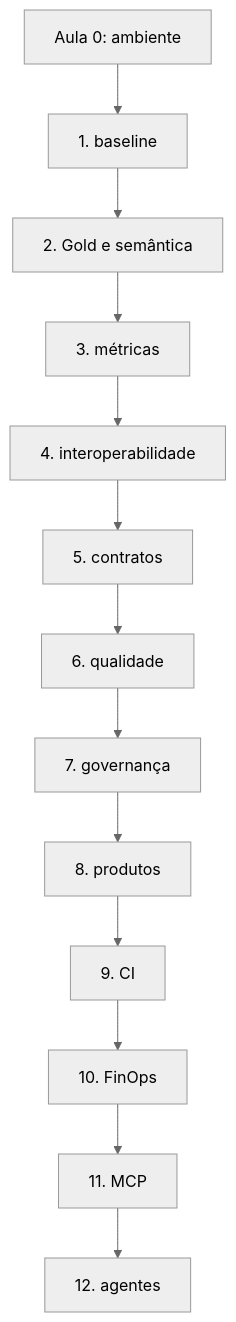
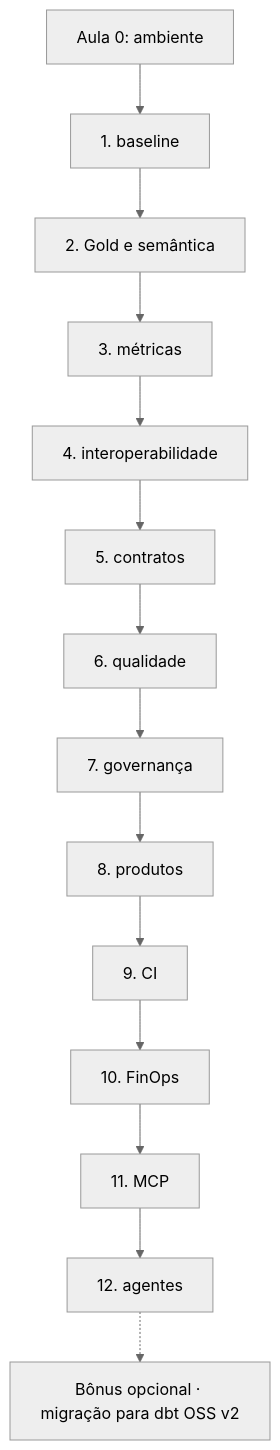
Before and after one commit to AnselmoBorges/dbt-moderno-na-pratica: the diagram in docs/mapa-do-curso.md, drawn with Mermaid (neutral theme). The commit also changed other lines of this file and 42 other files, not shown here.

````diff
--- a/docs/mapa-do-curso.md
+++ b/docs/mapa-do-curso.md
@@ -3,8 +3,9 @@
 ```mermaid
 flowchart TB
     A0[Aula 0: ambiente] --> E1[1. baseline]
     E1 --> E2[2. Gold e semântica] --> E3[3. métricas] --> E4[4. interoperabilidade]
     E4 --> E5[5. contratos] --> E6[6. qualidade] --> E7[7. governança]
     E7 --> E8[8. produtos] --> E9[9. CI] --> E10[10. FinOps]
     E10 --> E11[11. MCP] --> E12[12. agentes]
+    E12 -.-> B[Bônus opcional · migração para dbt OSS v2]
 ```
````
